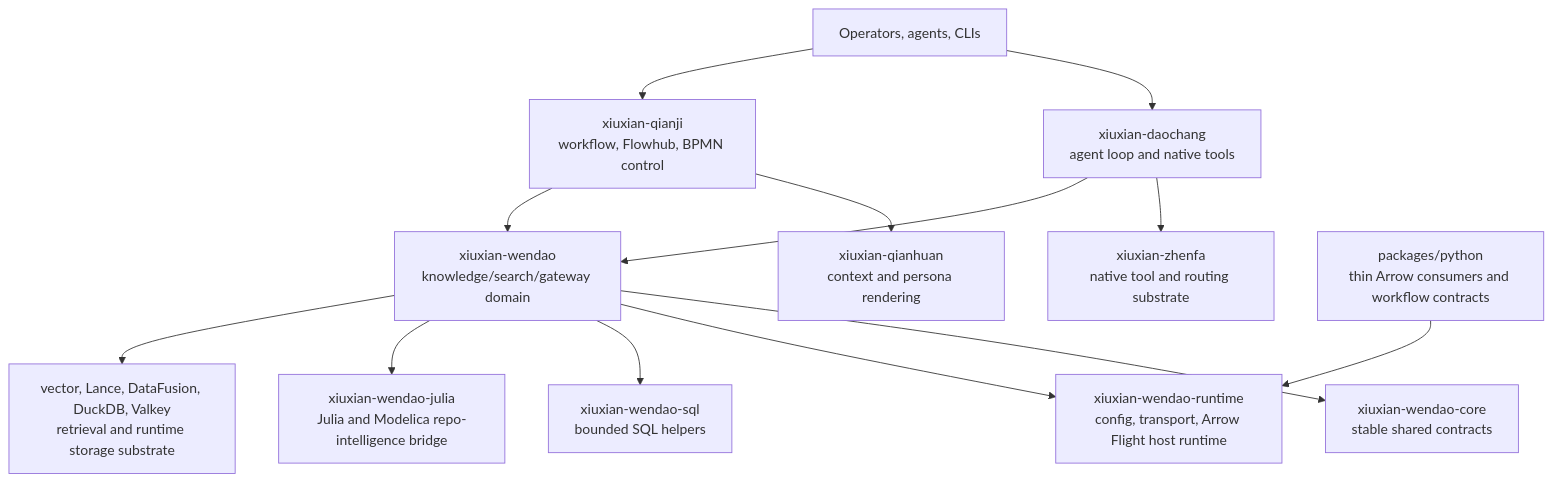
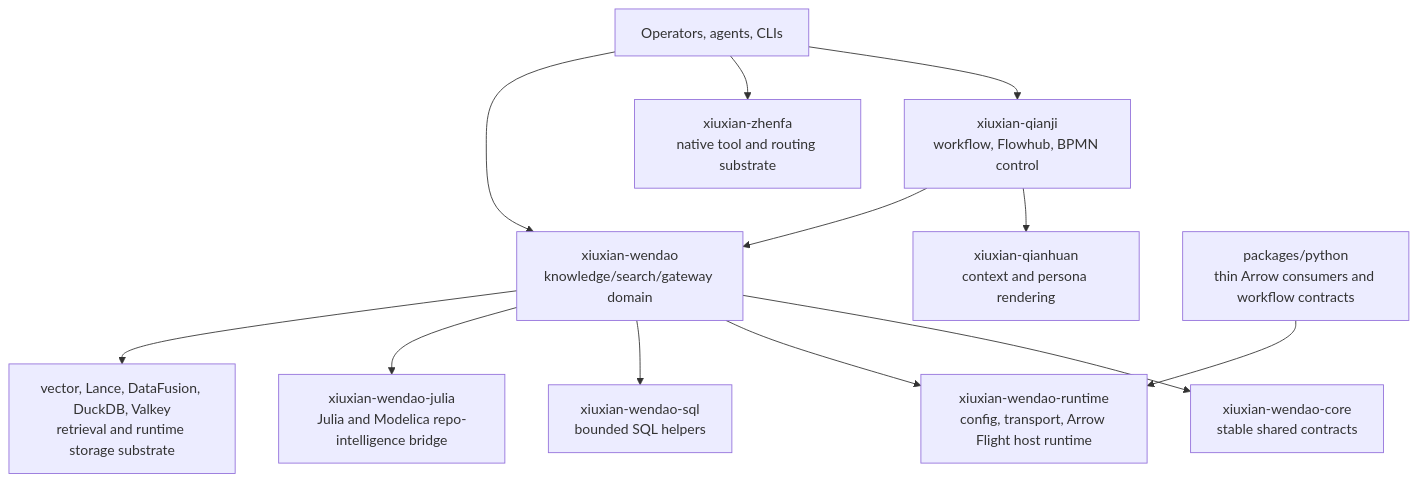
One commit to tao3k/devenv-native changed the diagram in README.md. Above: the diagram before and after it, drawn with Mermaid. The commit also changed other lines of this file and 5122 other files, not shown here.

````diff
--- a/README.md
+++ b/README.md
@@ -20,28 +21,26 @@
 ```mermaid
 flowchart TB
     Operators["Operators, agents, CLIs"]
-    Daochang["xiuxian-daochang<br/>agent loop and native tools"]
     Zhenfa["xiuxian-zhenfa<br/>native tool and routing substrate"]
     Qianji["xiuxian-qianji<br/>workflow, Flowhub, BPMN control"]
     Qianhuan["xiuxian-qianhuan<br/>context and persona rendering"]
     Wendao["xiuxian-wendao<br/>knowledge/search/gateway domain"]
     WendaoCore["xiuxian-wendao-core<br/>stable shared contracts"]
     WendaoRuntime["xiuxian-wendao-runtime<br/>config, transport, Arrow Flight host runtime"]
     WendaoSql["xiuxian-wendao-sql<br/>bounded SQL helpers"]
     WendaoJulia["xiuxian-wendao-julia<br/>Julia and Modelica repo-intelligence bridge"]
     Storage["vector, Lance, DataFusion, DuckDB, Valkey<br/>retrieval and runtime storage substrate"]
     Python["packages/python<br/>thin Arrow consumers and workflow contracts"]
 
-    Operators --> Daochang
     Operators --> Qianji
-    Daochang --> Zhenfa
-    Daochang --> Wendao
+    Operators --> Zhenfa
+    Operators --> Wendao
     Qianji --> Qianhuan
     Qianji --> Wendao
     Wendao --> WendaoCore
     Wendao --> WendaoRuntime
     Wendao --> WendaoSql
     Wendao --> WendaoJulia
     Wendao --> Storage
     Python --> WendaoRuntime
 ```
````
